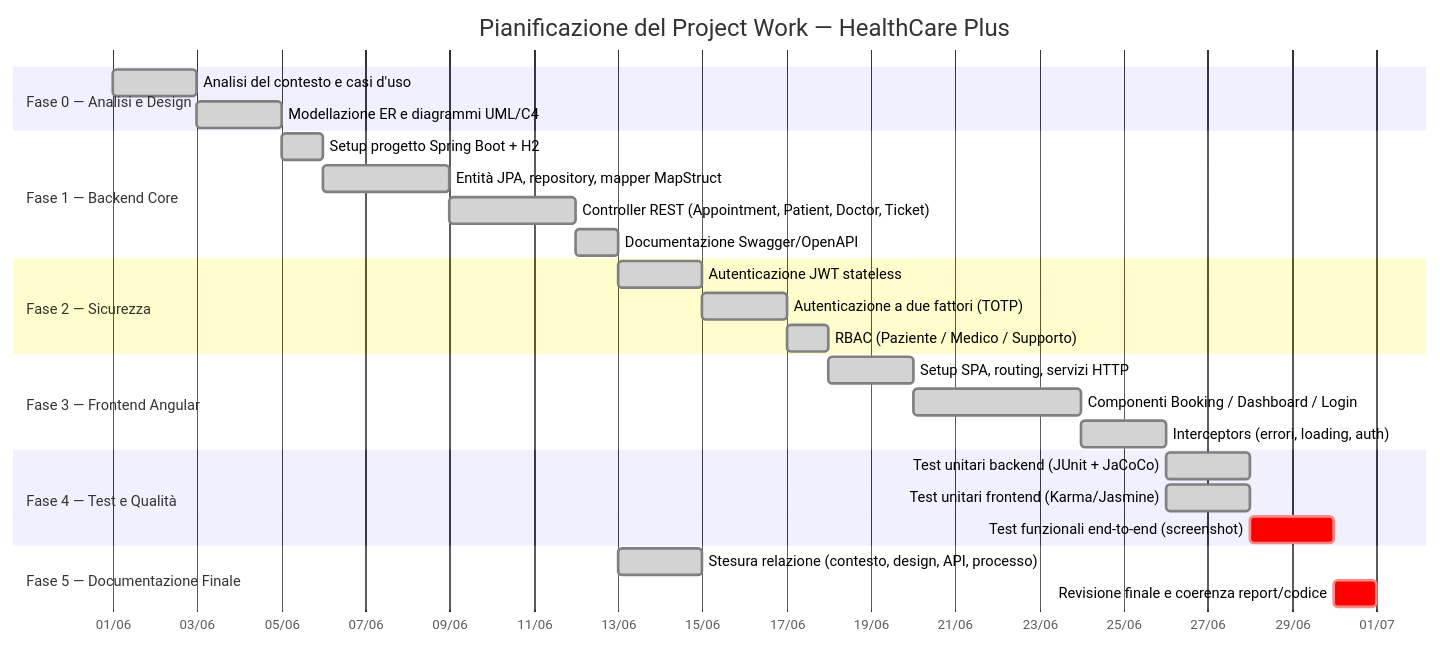
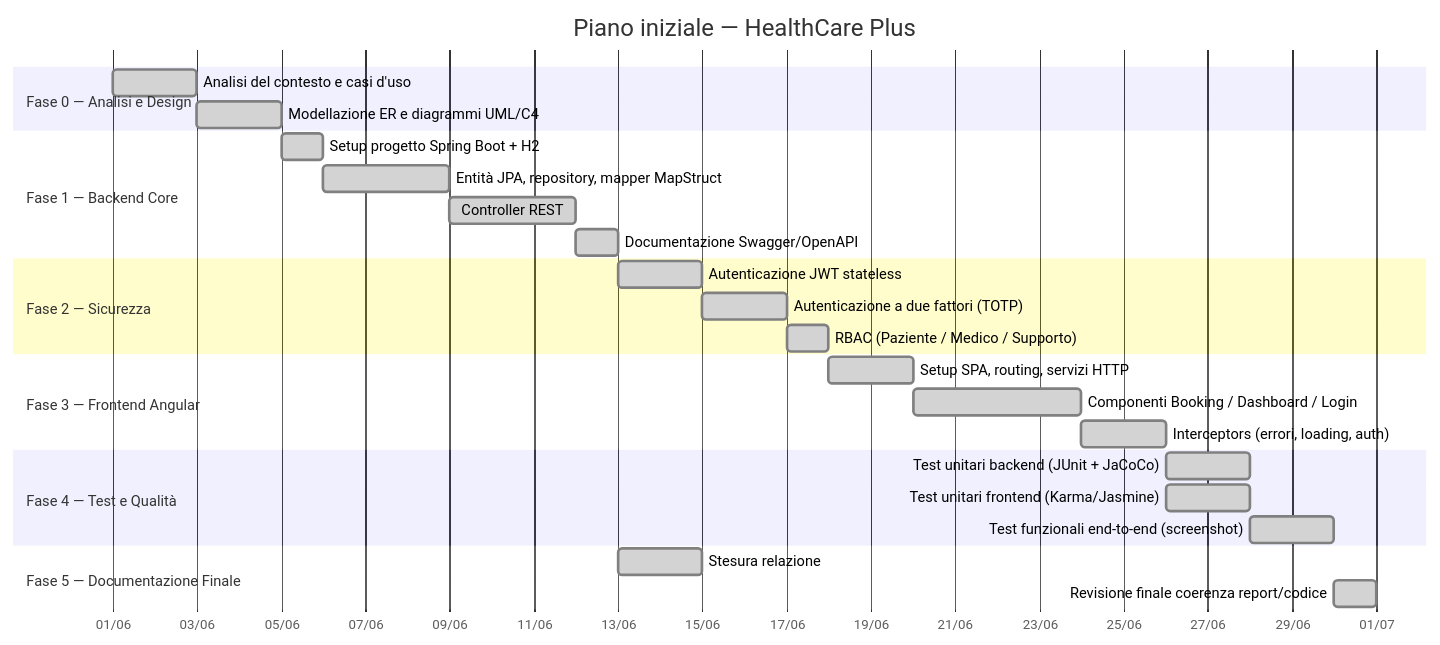
One commit to acapodanno/project-work-l-31 changed the first of 2 diagrams in doc/7-Pianificazione_Fasi.md. Above: the diagram before and after it, drawn with Mermaid. The commit also changed other lines of this file and 32 other files, not shown here.

````diff
--- a/doc/7-Pianificazione_Fasi.md
+++ b/doc/7-Pianificazione_Fasi.md
@@ -24,35 +26,35 @@
 ```mermaid
 gantt
-    title Pianificazione del Project Work — HealthCare Plus
+    title Piano iniziale — HealthCare Plus
     dateFormat  YYYY-MM-DD
     axisFormat  %d/%m
 
     section Fase 0 — Analisi e Design
     Analisi del contesto e casi d'uso        :done, f0a, 2026-06-01, 2d
     Modellazione ER e diagrammi UML/C4       :done, f0b, after f0a, 2d
 
     section Fase 1 — Backend Core
     Setup progetto Spring Boot + H2          :done, f1a, after f0b, 1d
     Entità JPA, repository, mapper MapStruct :done, f1b, after f1a, 3d
-    Controller REST (Appointment, Patient, Doctor, Ticket) :done, f1c, after f1b, 3d
+    Controller REST                          :done, f1c, after f1b, 3d
     Documentazione Swagger/OpenAPI           :done, f1d, after f1c, 1d
 
     section Fase 2 — Sicurezza
     Autenticazione JWT stateless             :done, f2a, after f1d, 2d
     Autenticazione a due fattori (TOTP)      :done, f2b, after f2a, 2d
     RBAC (Paziente / Medico / Supporto)      :done, f2c, after f2b, 1d
 
     section Fase 3 — Frontend Angular
     Setup SPA, routing, servizi HTTP         :done, f3a, after f2c, 2d
     Componenti Booking / Dashboard / Login   :done, f3b, after f3a, 4d
     Interceptors (errori, loading, auth)     :done, f3c, after f3b, 2d
 
     section Fase 4 — Test e Qualità
     Test unitari backend (JUnit + JaCoCo)    :done, f4a, after f3c, 2d
     Test unitari frontend (Karma/Jasmine)    :done, f4b, after f3c, 2d
-    Test funzionali end-to-end (screenshot)  :crit, f4c, after f4b, 2d
+    Test funzionali end-to-end (screenshot)  :done, f4c, after f4b, 2d
 
     section Fase 5 — Documentazione Finale
-    Stesura relazione (contesto, design, API, processo) :done, f5a, after f1d, 2d
-    Revisione finale e coerenza report/codice :crit, f5b, after f4c, 1d
+    Stesura relazione                        :done, f5a, after f1d, 2d
+    Revisione finale coerenza report/codice  :done, f5b, after f4c, 1d
 ```
````
